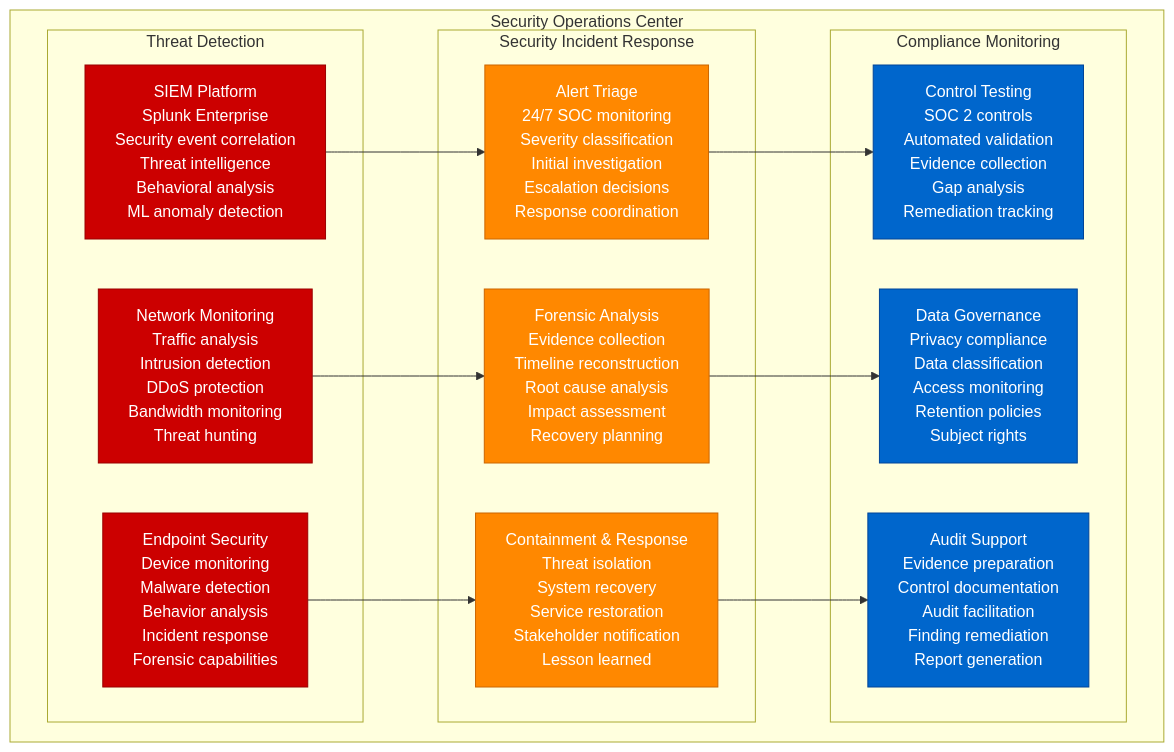
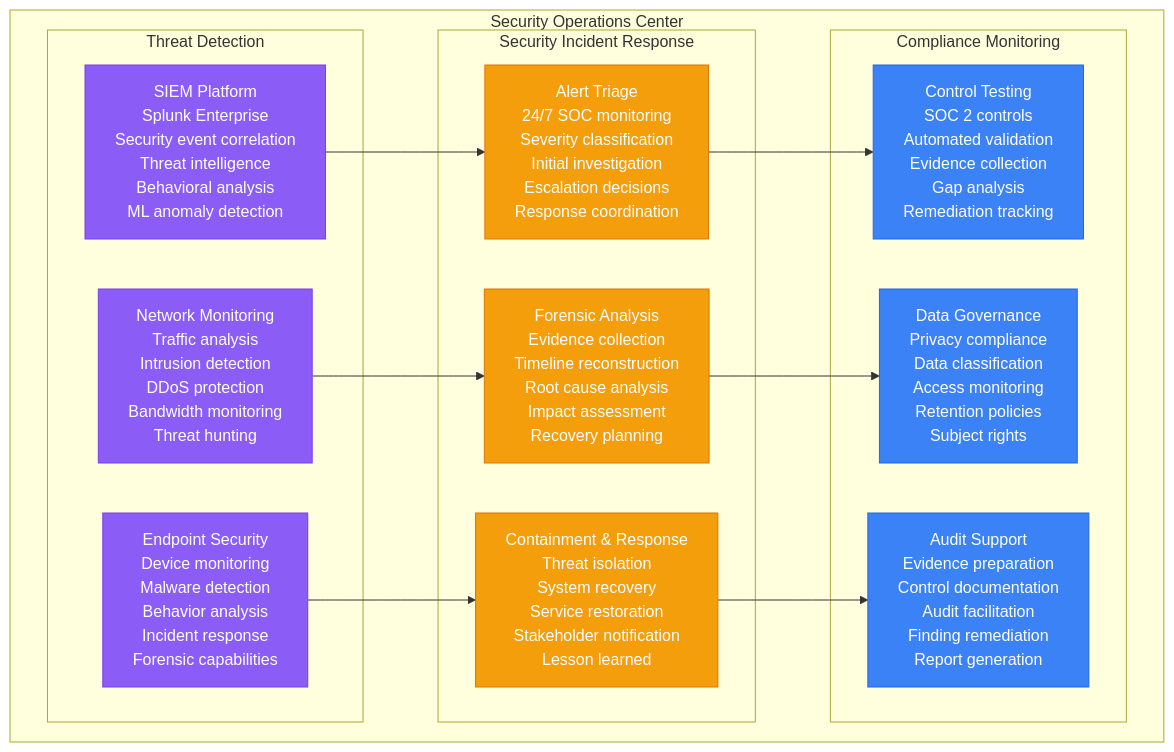
The fifth of 5 diagrams in site/docs/systems/airbnb/production-operations.md (deepaucksharma/DS), drawn with Mermaid before and after one commit. The commit also changed other lines of this file and 303 other files, not shown here.

````diff
--- a/site/docs/systems/airbnb/production-operations.md
+++ b/site/docs/systems/airbnb/production-operations.md
@@ -330,44 +330,44 @@
 ```mermaid
 graph TB
     subgraph SecurityOperations[Security Operations Center]
         subgraph ThreatDetection[Threat Detection]
             SIEM[SIEM Platform<br/>Splunk Enterprise<br/>Security event correlation<br/>Threat intelligence<br/>Behavioral analysis<br/>ML anomaly detection]
 
             NetworkMonitoring[Network Monitoring<br/>Traffic analysis<br/>Intrusion detection<br/>DDoS protection<br/>Bandwidth monitoring<br/>Threat hunting]
 
             EndpointSecurity[Endpoint Security<br/>Device monitoring<br/>Malware detection<br/>Behavior analysis<br/>Incident response<br/>Forensic capabilities]
         end
 
         subgraph IncidentResponse[Security Incident Response]
             AlertTriage[Alert Triage<br/>24/7 SOC monitoring<br/>Severity classification<br/>Initial investigation<br/>Escalation decisions<br/>Response coordination]
 
             ForensicAnalysis[Forensic Analysis<br/>Evidence collection<br/>Timeline reconstruction<br/>Root cause analysis<br/>Impact assessment<br/>Recovery planning]
 
             ContainmentResponse[Containment & Response<br/>Threat isolation<br/>System recovery<br/>Service restoration<br/>Stakeholder notification<br/>Lesson learned]
         end
 
         subgraph ComplianceMonitoring[Compliance Monitoring]
             ControlTesting[Control Testing<br/>SOC 2 controls<br/>Automated validation<br/>Evidence collection<br/>Gap analysis<br/>Remediation tracking]
 
             DataGovernance[Data Governance<br/>Privacy compliance<br/>Data classification<br/>Access monitoring<br/>Retention policies<br/>Subject rights]
 
             AuditSupport[Audit Support<br/>Evidence preparation<br/>Control documentation<br/>Audit facilitation<br/>Finding remediation<br/>Report generation]
         end
     end
 
     SIEM --> AlertTriage
     NetworkMonitoring --> ForensicAnalysis
     EndpointSecurity --> ContainmentResponse
 
     AlertTriage --> ControlTesting
     ForensicAnalysis --> DataGovernance
     ContainmentResponse --> AuditSupport
 
-    classDef detectionStyle fill:#CC0000,stroke:#990000,color:#fff
-    classDef responseStyle fill:#FF8800,stroke:#CC6600,color:#fff
-    classDef complianceStyle fill:#0066CC,stroke:#004499,color:#fff
+    classDef detectionStyle fill:#8B5CF6,stroke:#7C3AED,color:#fff
+    classDef responseStyle fill:#F59E0B,stroke:#D97706,color:#fff
+    classDef complianceStyle fill:#3B82F6,stroke:#2563EB,color:#fff
 
     class SIEM,NetworkMonitoring,EndpointSecurity detectionStyle
     class AlertTriage,ForensicAnalysis,ContainmentResponse responseStyle
     class ControlTesting,DataGovernance,AuditSupport complianceStyle
 ```
````
